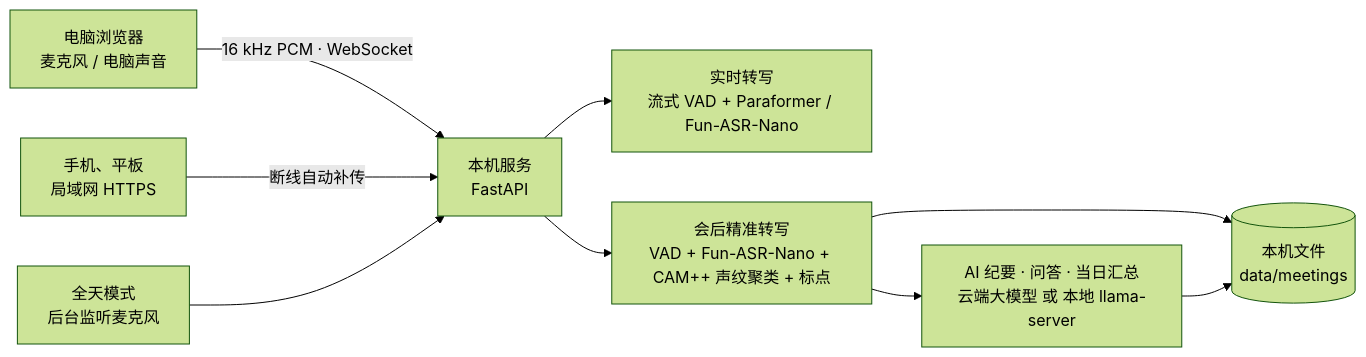
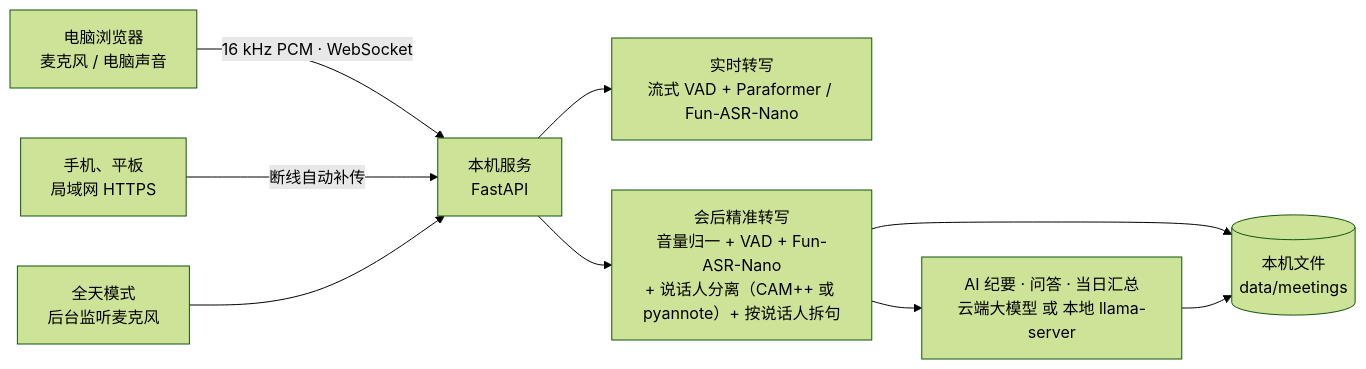
One commit to MrDgbot/meeting-notes changed the diagram in README.md. Above: the diagram before and after it, drawn with Mermaid (forest theme). The commit also changed other lines of this file and 38 other files, not shown here.

Commit message:
修复已知短板：小声录音音量归一、按说话人拆句、可选“会议室远场”说话人分离（pyannote，断网可用、关闭用法统计）；跨平台：Linux / Windows / Docker，三平台 CI；重叠分离试过未采用；评测方案、结果和偏离见 docs/improvements.md

````diff
--- a/README.md
+++ b/README.md
@@ -88,11 +94,11 @@
 ```mermaid
 flowchart LR
   A["电脑浏览器<br/>麦克风 / 电脑声音"] -->|"16 kHz PCM · WebSocket"| S["本机服务<br/>FastAPI"]
   B["手机、平板<br/>局域网 HTTPS"] -->|"断线自动补传"| S
   C["全天模式<br/>后台监听麦克风"] --> S
   S --> L["实时转写<br/>流式 VAD + Paraformer / Fun-ASR-Nano"]
-  S --> F["会后精准转写<br/>VAD + Fun-ASR-Nano + CAM++ 声纹聚类 + 标点"]
+  S --> F["会后精准转写<br/>音量归一 + VAD + Fun-ASR-Nano<br/>+ 说话人分离（CAM++ 或 pyannote）+ 按说话人拆句"]
   F --> M["AI 纪要 · 问答 · 当日汇总<br/>云端大模型 或 本地 llama-server"]
   F --> D[("本机文件<br/>data/meetings")]
   M --> D
 ```
````
